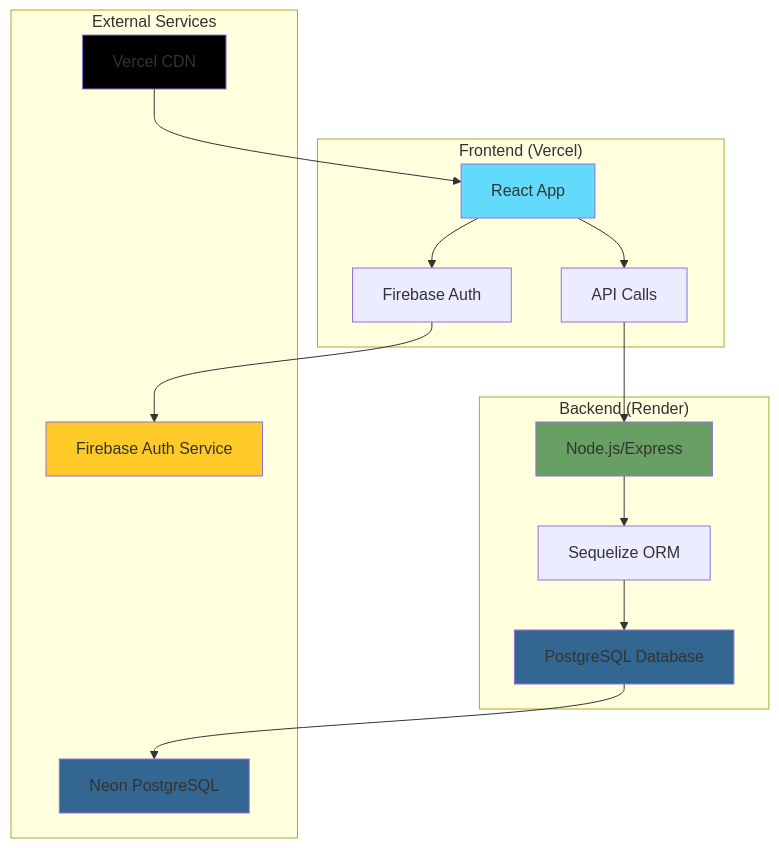
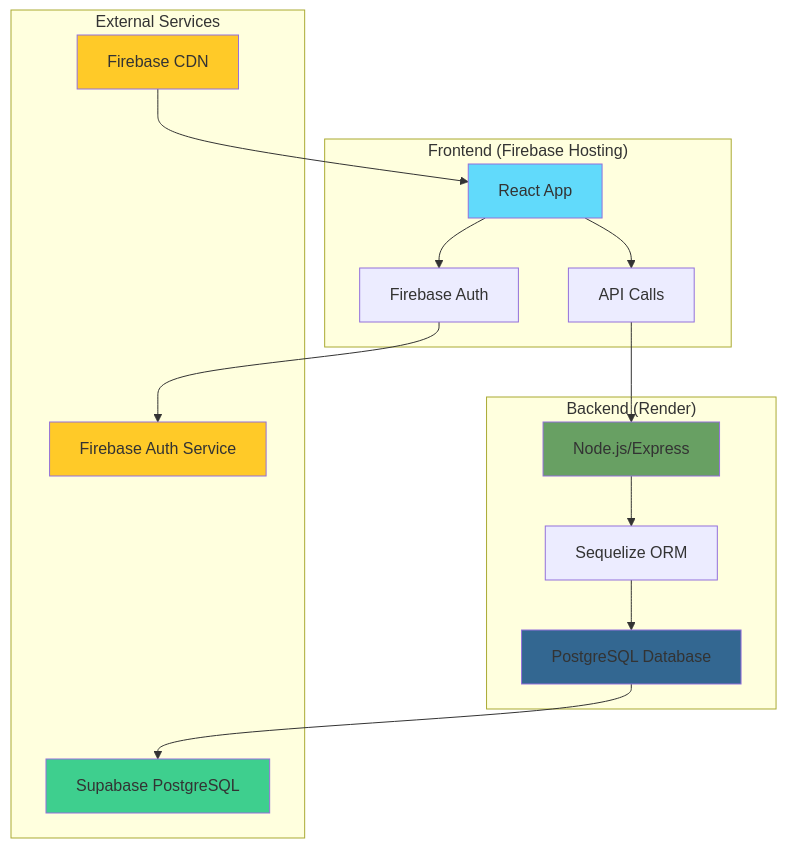
One commit to dawityifter/abune-aregawi changed the first of 4 diagrams in README.md. Above: the diagram before and after it, drawn with Mermaid. The commit also changed other lines of this file, not shown here.

````diff
--- a/README.md
+++ b/README.md
@@ -20,26 +20,26 @@
 ```mermaid
 graph TB
-    subgraph "Frontend (Vercel)"
+    subgraph "Frontend (Firebase Hosting)"
         A[React App] --> B[Firebase Auth]
         A --> C[API Calls]
     end
     
     subgraph "Backend (Render)"
         D[Node.js/Express] --> E[Sequelize ORM]
         E --> F[PostgreSQL Database]
     end
     
     subgraph "External Services"
         B --> G[Firebase Auth Service]
-        F --> H[Neon PostgreSQL]
-        I[Vercel CDN] --> A
+        F --> H[Supabase PostgreSQL]
+        I[Firebase CDN] --> A
     end
     
     C --> D
     style A fill:#61dafb
     style D fill:#68a063
     style F fill:#336791
     style G fill:#ffca28
-    style H fill:#336791
-    style I fill:#000000
+    style H fill:#3ecf8e
+    style I fill:#ffca28
 ```
````
